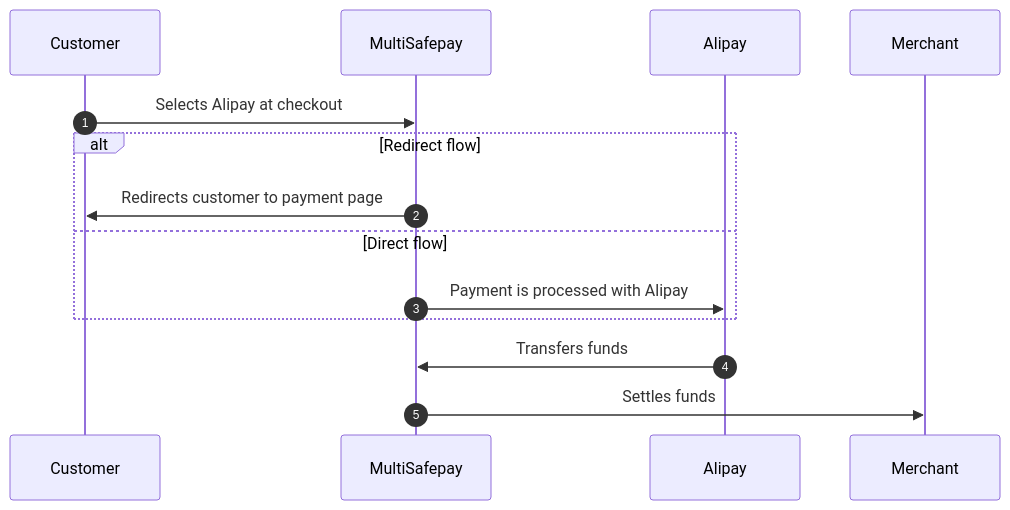
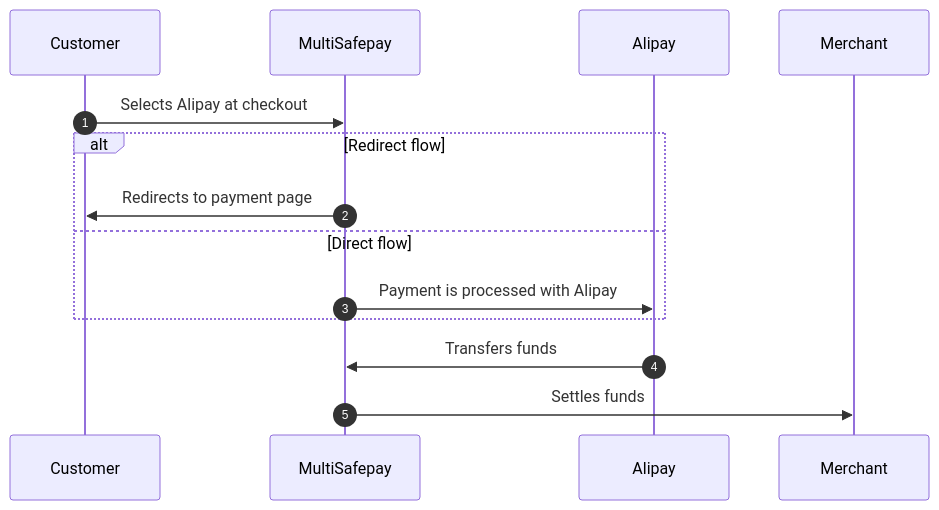
Before and after one commit to MultiSafepay/docs: the diagram in content/payments/methods/wallet/alipay/payment-flow.md, drawn with Mermaid. The commit also changed other lines of this file and 35 other files, not shown here.

```diff
--- a/content/payments/methods/wallet/alipay/payment-flow.md
+++ b/content/payments/methods/wallet/alipay/payment-flow.md
@@ -16,19 +16,19 @@
 {{< mermaid class="text-center" >}}
 
 sequenceDiagram
     autonumber
     participant C as Customer
     participant Mu as MultiSafepay
     participant A as Alipay
     participant Me as Merchant
 
     C->>Mu: Selects Alipay at checkout
     alt Redirect flow
-    Mu->>C: Redirects customer to payment page
+    Mu->>C: Redirects to payment page
     else Direct flow
     Mu->>A: Payment is processed with Alipay
     end
     A->>Mu: Transfers funds 
     Mu->>Me: Settles funds
 
 {{< /mermaid >}}
```
